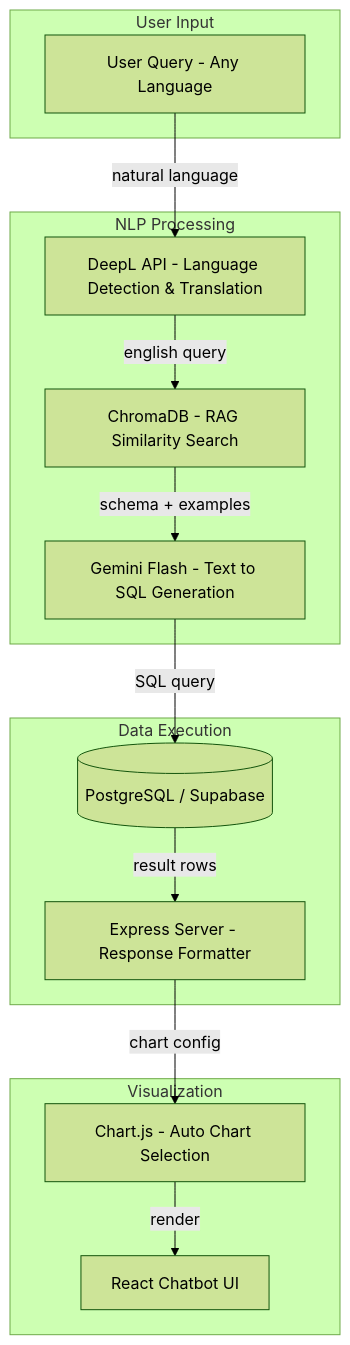
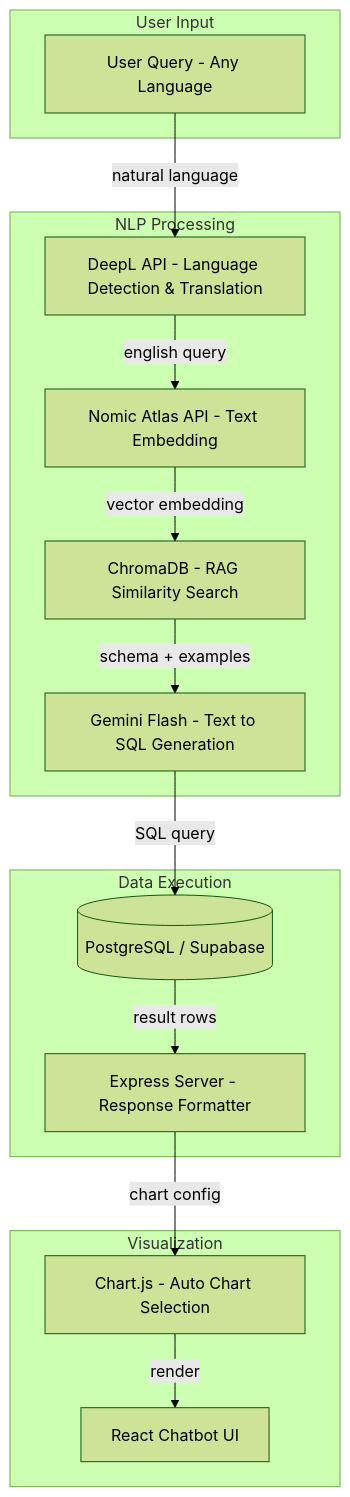
The first of 2 diagrams in README.md (krish-745/Ingres), drawn with Mermaid (forest theme) before and after one commit. The commit also changed other lines of this file, not shown here.

````diff
--- a/README.md
+++ b/README.md
@@ -60,30 +61,32 @@
 ```mermaid
 flowchart TB
     subgraph Input ["User Input"]
         A[User Query - Any Language]
     end
 
     subgraph Processing ["NLP Processing"]
         B[DeepL API - Language Detection & Translation]
-        C[ChromaDB - RAG Similarity Search]
+        C[Nomic Atlas API - Text Embedding]
+        C2[ChromaDB - RAG Similarity Search]
         D[Gemini Flash - Text to SQL Generation]
     end
 
     subgraph Execution ["Data Execution"]
         E[(PostgreSQL / Supabase)]
         F[Express Server - Response Formatter]
     end
 
     subgraph Output ["Visualization"]
         G[Chart.js - Auto Chart Selection]
         H[React Chatbot UI]
     end
 
     A -->|natural language| B
     B -->|english query| C
-    C -->|schema + examples| D
+    C -->|vector embedding| C2
+    C2 -->|schema + examples| D
     D -->|SQL query| E
     E -->|result rows| F
     F -->|chart config| G
     G -->|render| H
 ```
````
